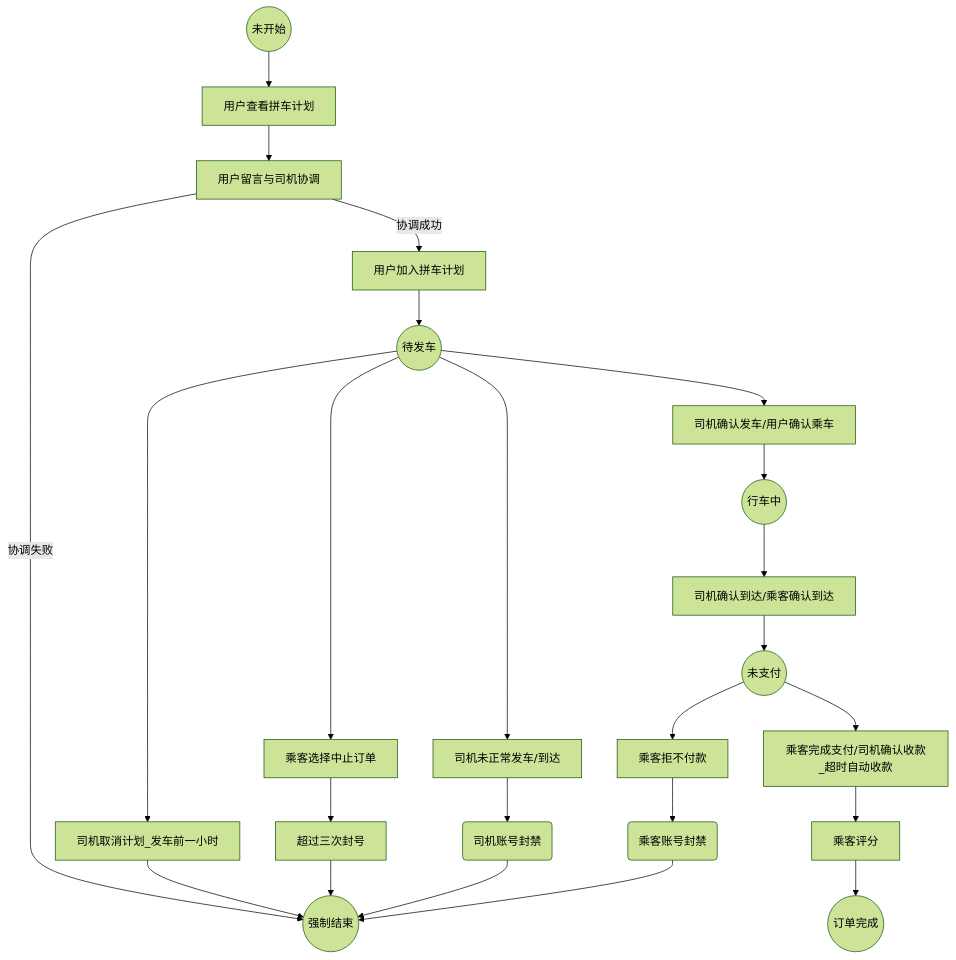
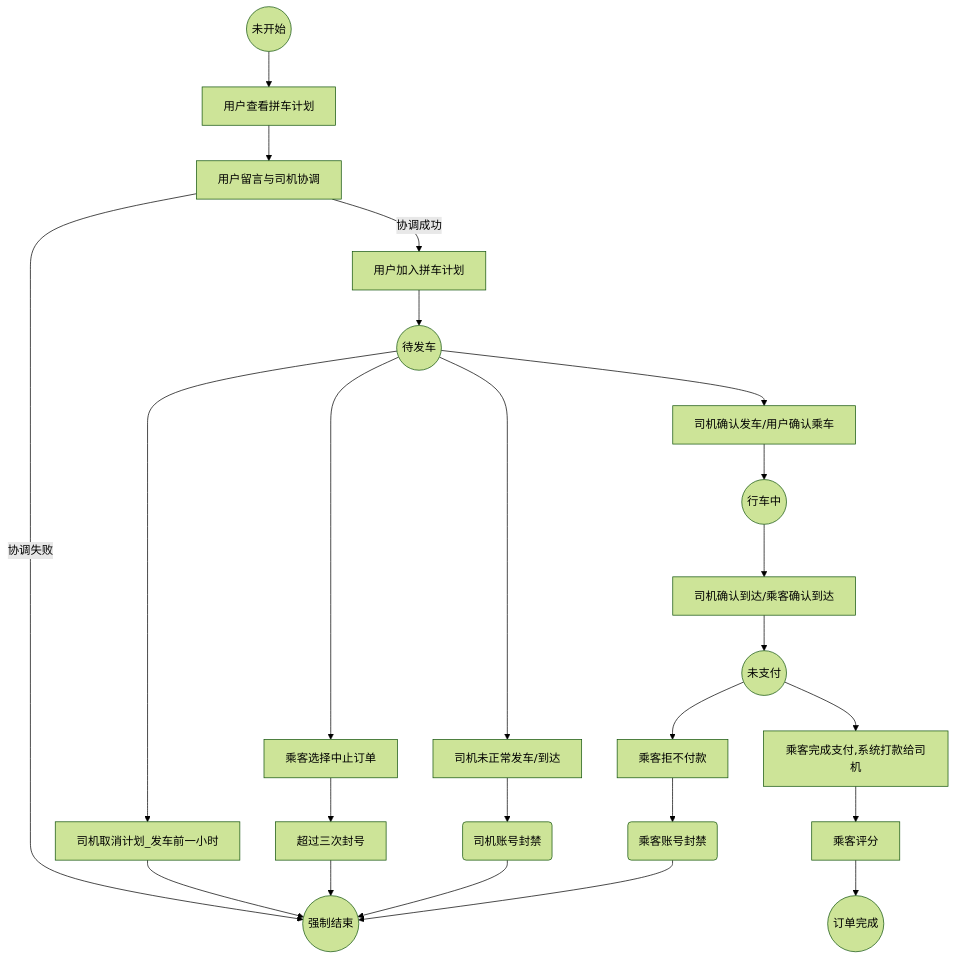
The fifth of 5 diagrams in 详细设计.md (npu-carpooling-system-team/carpooling-document), drawn with Mermaid (forest theme) before and after one commit. The commit also changed other lines of this file and 3 other files, not shown here.

````diff
--- a/详细设计.md
+++ b/详细设计.md
@@ -255,26 +292,26 @@
 ```mermaid
 graph TB
 	A((未开始)) --> 用户查看拼车计划
 	用户查看拼车计划 --> 用户留言与司机协调
 	用户留言与司机协调 --协调成功--> 用户加入拼车计划
 	用户留言与司机协调 --协调失败-->  B((强制结束))
 	用户加入拼车计划 --> C((待发车))
 	C --> 司机取消计划_发车前一小时
 	司机取消计划_发车前一小时 --> B
 	C --> 司机确认发车/用户确认乘车
 	C --> 乘客选择中止订单
 	C --> 司机未正常发车/到达
 	司机未正常发车/到达 --> H(司机账号封禁)
 	乘客选择中止订单 --> 超过三次封号
 	超过三次封号 --> B
 	H --> B
 	司机确认发车/用户确认乘车 --> D((行车中))
 	D --> 司机确认到达/乘客确认到达
 	司机确认到达/乘客确认到达 --> E((未支付))
-	E --> 乘客完成支付/司机确认收款_超时自动收款
-	乘客完成支付/司机确认收款_超时自动收款 --> 乘客评分
+	E --> 乘客完成支付,系统打款给司机
+	乘客完成支付,系统打款给司机 --> 乘客评分
 	乘客评分 --> F((订单完成))
 	E --> 乘客拒不付款
 	乘客拒不付款 --> G(乘客账号封禁)
 	G --> B
 ```
````
